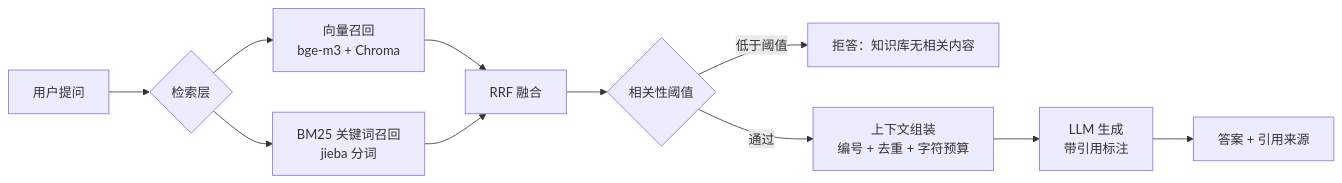
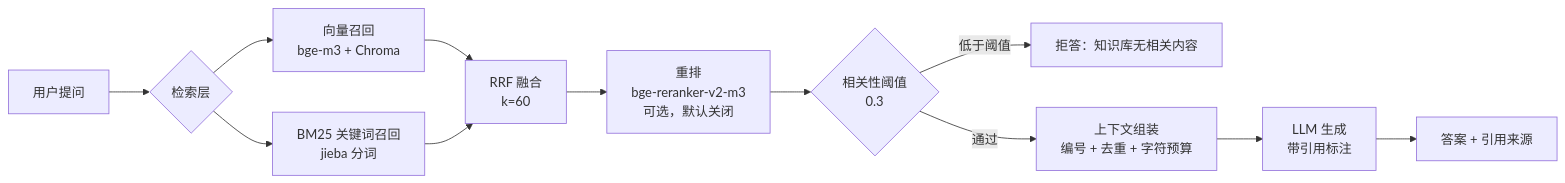
One commit to hjk051202/rag changed the diagram in README.md. Above: the diagram before and after it, drawn with Mermaid.

Commit message:
docs: 架构图补充重排阶段

````diff
--- a/README.md
+++ b/README.md
@@ -70,13 +70,14 @@
 ```mermaid
 flowchart LR
     Q[用户提问] --> R{检索层}
     R --> V[向量召回<br/>bge-m3 + Chroma]
     R --> B[BM25 关键词召回<br/>jieba 分词]
-    V --> F[RRF 融合]
+    V --> F[RRF 融合<br/>k=60]
     B --> F
-    F --> T{相关性阈值}
+    F --> RR[重排<br/>bge-reranker-v2-m3<br/>可选，默认关闭]
+    RR --> T{相关性阈值<br/>0.3}
     T -->|低于阈值| X[拒答：知识库无相关内容]
     T -->|通过| C[上下文组装<br/>编号 + 去重 + 字符预算]
     C --> L[LLM 生成<br/>带引用标注]
     L --> A[答案 + 引用来源]
 ```
````
